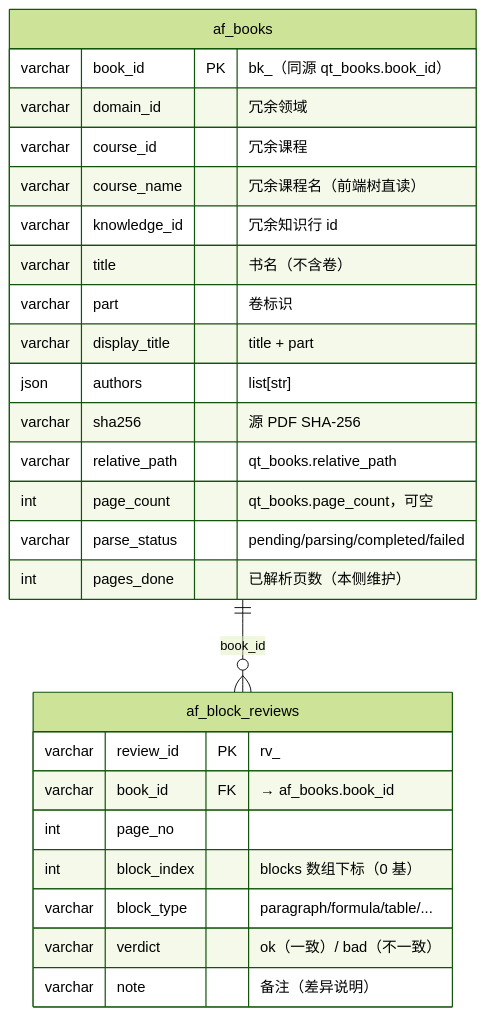
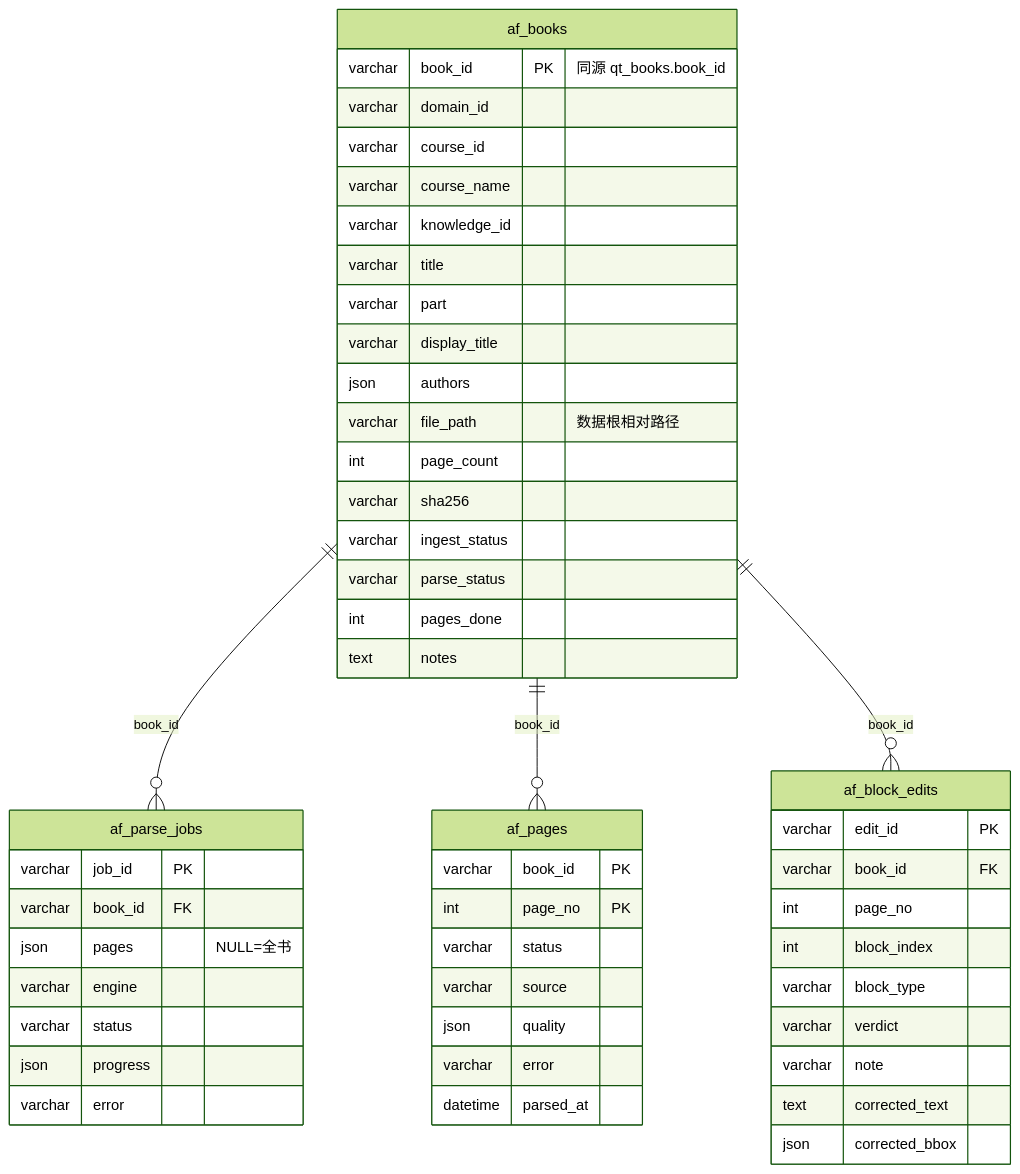
The diagram in docs/architecture/database-design.md (swfswf1234/Axiom-Flow), drawn with Mermaid (forest theme) before and after one commit. The commit also changed other lines of this file and 27 other files, not shown here.

````diff
--- a/docs/architecture/database-design.md
+++ b/docs/architecture/database-design.md
@@ -33,29 +36,53 @@
 ```mermaid
 erDiagram
-    af_books ||--o{ af_block_reviews : "book_id"
+    af_books ||--o{ af_parse_jobs : "book_id"
+    af_books ||--o{ af_pages : "book_id"
+    af_books ||--o{ af_block_edits : "book_id"
     af_books {
-        varchar book_id PK "bk_<md5>（同源 qt_books.book_id）"
-        varchar domain_id "冗余领域"
-        varchar course_id "冗余课程"
-        varchar course_name "冗余课程名（前端树直读）"
-        varchar knowledge_id "冗余知识行 id"
-        varchar title "书名（不含卷）"
-        varchar part "卷标识"
-        varchar display_title "title + part"
-        json authors "list[str]"
-        varchar sha256 "源 PDF SHA-256"
-        varchar relative_path "qt_books.relative_path"
-        int page_count "qt_books.page_count，可空"
-        varchar parse_status "pending/parsing/completed/failed"
-        int pages_done "已解析页数（本侧维护）"
+        varchar book_id PK "同源 qt_books.book_id"
+        varchar domain_id
+        varchar course_id
+        varchar course_name
+        varchar knowledge_id
+        varchar title
+        varchar part
+        varchar display_title
+        json authors
+        varchar file_path "数据根相对路径"
+        int page_count
+        varchar sha256
+        varchar ingest_status
+        varchar parse_status
+        int pages_done
+        text notes
     }
-    af_block_reviews {
-        varchar review_id PK "rv_<md5(book_id:page_no:block_index)>"
-        varchar book_id FK "→ af_books.book_id"
+    af_parse_jobs {
+        varchar job_id PK
+        varchar book_id FK
+        json pages "NULL=全书"
+        varchar engine
+        varchar status
+        json progress
+        varchar error
+    }
+    af_pages {
+        varchar book_id PK
+        int page_no PK
+        varchar status
+        varchar source
+        json quality
+        varchar error
+        datetime parsed_at
+    }
+    af_block_edits {
+        varchar edit_id PK
+        varchar book_id FK
         int page_no
-        int block_index "blocks 数组下标（0 基）"
-        varchar block_type "paragraph/formula/table/..."
-        varchar verdict "ok（一致）/ bad（不一致）"
-        varchar note "备注（差异说明）"
+        int block_index
+        varchar block_type
+        varchar verdict
+        varchar note
+        text corrected_text
+        json corrected_bbox
     }
 ```
````
